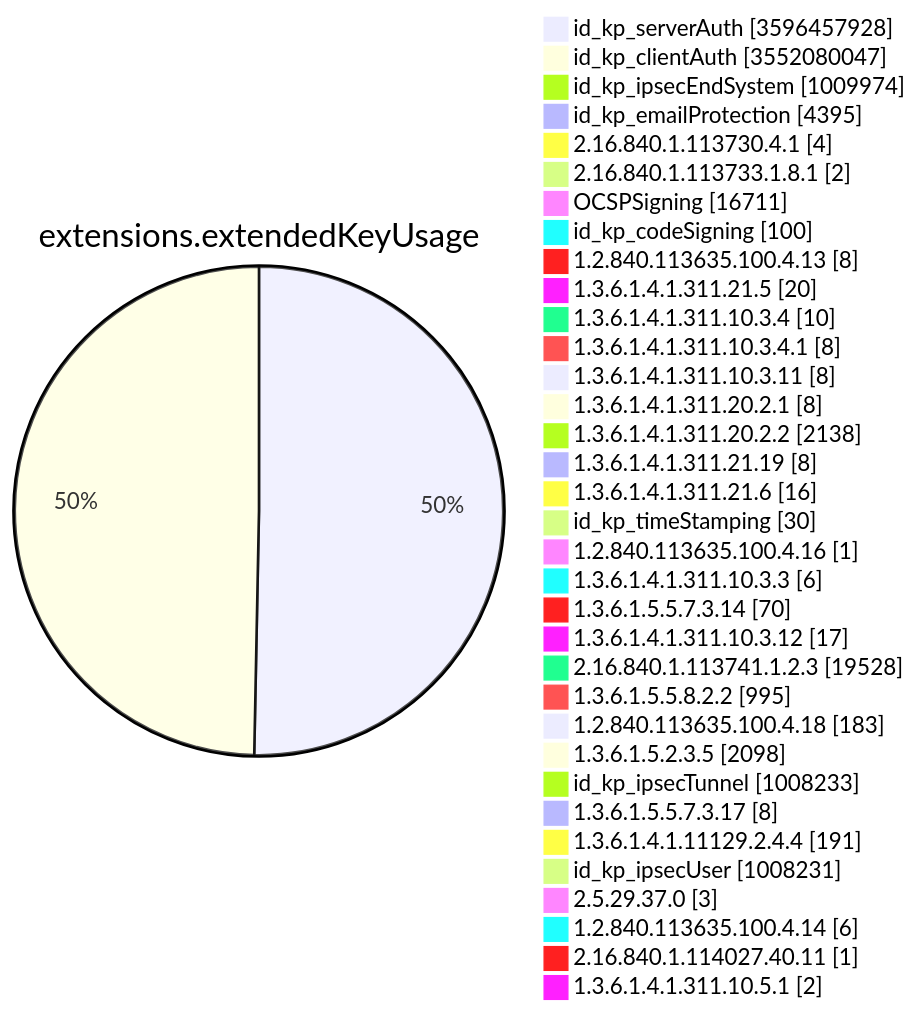
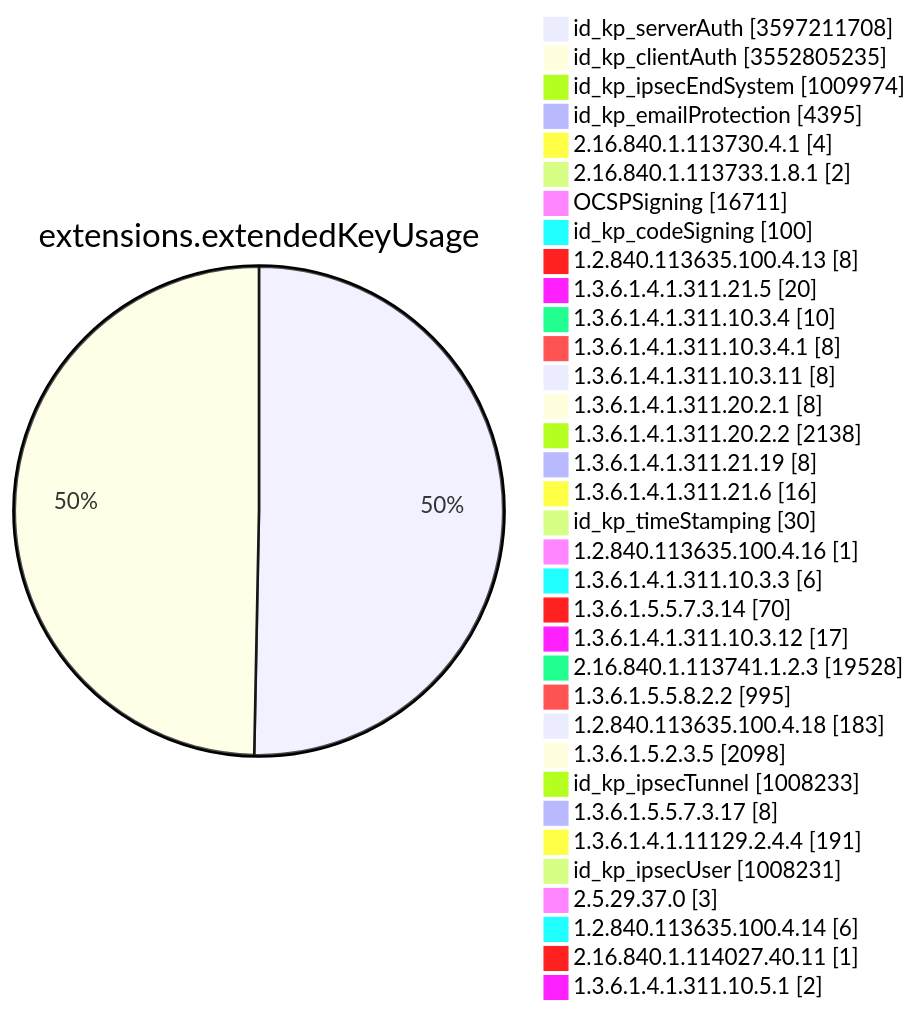
Before and after one commit to christiankrug/ctmonitor_visualization: diagram 11 of 15 in TOTAL/README.md, drawn with Mermaid. The commit also changed other lines of this file, not shown here.

````diff
--- a/TOTAL/README.md
+++ b/TOTAL/README.md
@@ -4129,38 +4129,38 @@
 ```mermaid
 pie showData
 title extensions.extendedKeyUsage
-"id_kp_serverAuth" :3596457928
-"id_kp_clientAuth" :3552080047
+"id_kp_serverAuth" :3597211708
+"id_kp_clientAuth" :3552805235
 "id_kp_ipsecEndSystem" :1009974
 "id_kp_emailProtection" :4395
 "2.16.840.1.113730.4.1" :4
 "2.16.840.1.113733.1.8.1" :2
 "OCSPSigning" :16711
 "id_kp_codeSigning" :100
 "1.2.840.113635.100.4.13" :8
 "1.3.6.1.4.1.311.21.5" :20
 "1.3.6.1.4.1.311.10.3.4" :10
 "1.3.6.1.4.1.311.10.3.4.1" :8
 "1.3.6.1.4.1.311.10.3.11" :8
 "1.3.6.1.4.1.311.20.2.1" :8
 "1.3.6.1.4.1.311.20.2.2" :2138
 "1.3.6.1.4.1.311.21.19" :8
 "1.3.6.1.4.1.311.21.6" :16
 "id_kp_timeStamping" :30
 "1.2.840.113635.100.4.16" :1
 "1.3.6.1.4.1.311.10.3.3" :6
 "1.3.6.1.5.5.7.3.14" :70
 "1.3.6.1.4.1.311.10.3.12" :17
 "2.16.840.1.113741.1.2.3" :19528
 "1.3.6.1.5.5.8.2.2" :995
 "1.2.840.113635.100.4.18" :183
 "1.3.6.1.5.2.3.5" :2098
 "id_kp_ipsecTunnel" :1008233
 "1.3.6.1.5.5.7.3.17" :8
 "1.3.6.1.4.1.11129.2.4.4" :191
 "id_kp_ipsecUser" :1008231
 "2.5.29.37.0" :3
 "1.2.840.113635.100.4.14" :6
 "2.16.840.1.114027.40.11" :1
 "1.3.6.1.4.1.311.10.5.1" :2
 ```
````
